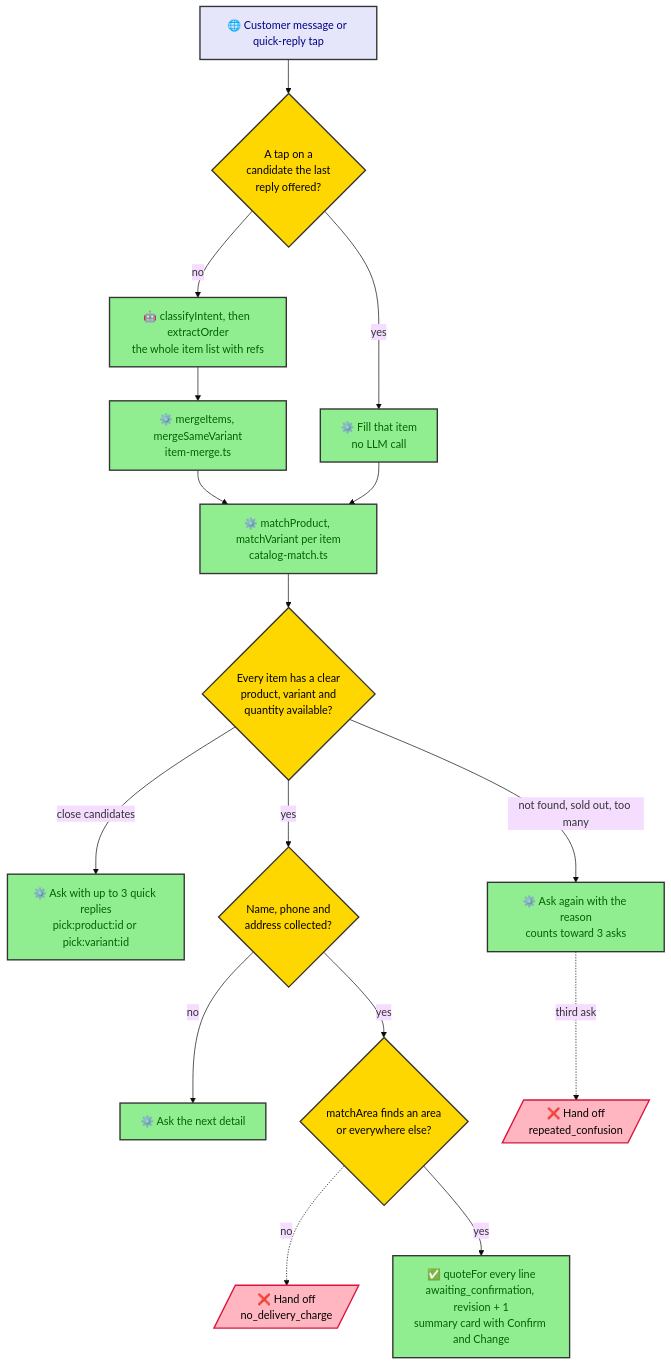
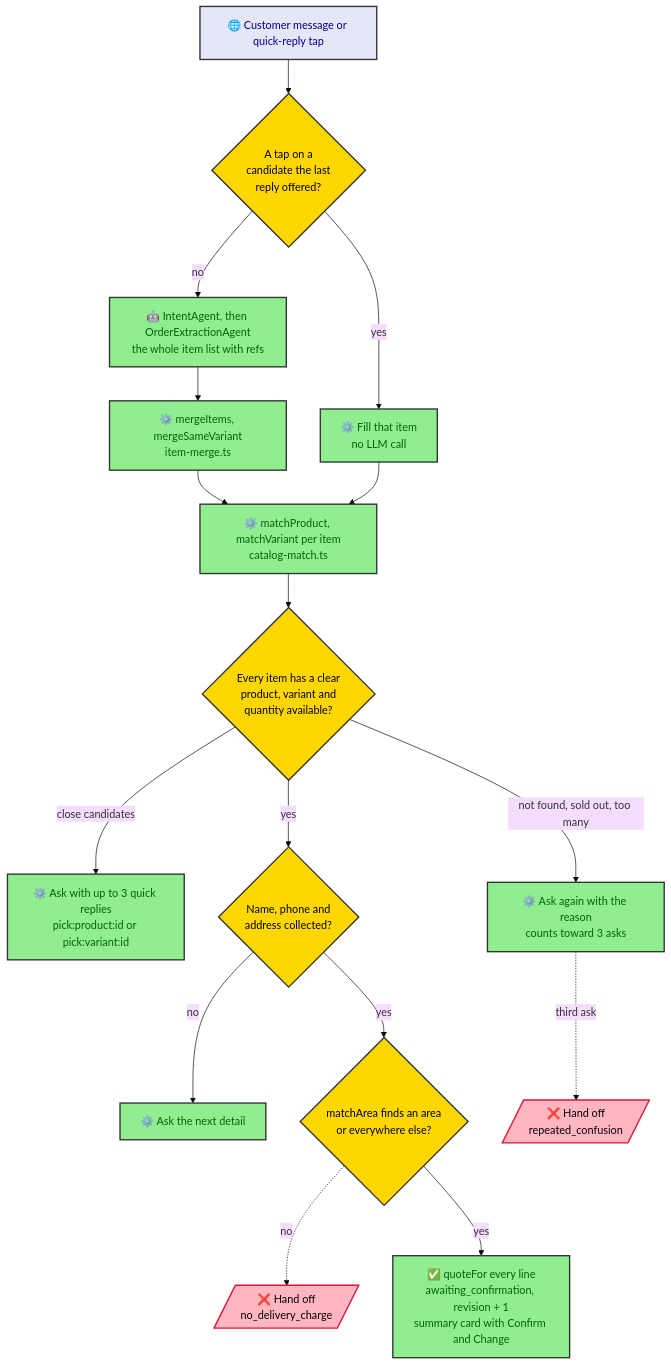
Before and after one commit to nabil404/project-alpha: the first of 2 diagrams in docs/features/11-ai-implementation/phase-2-catalog-confirm-orders/confirm-flow.md, drawn with Mermaid (base theme). The commit also changed 10 other files, not shown here.

````diff
--- a/docs/features/11-ai-implementation/phase-2-catalog-confirm-orders/confirm-flow.md
+++ b/docs/features/11-ai-implementation/phase-2-catalog-confirm-orders/confirm-flow.md
@@ -12,23 +12,23 @@
 ```mermaid
 flowchart TD
     msg["🌐 Customer message or quick-reply tap"]:::entry --> pick{"A tap on a<br/>candidate the last<br/>reply offered?"}:::decision
     pick -- yes --> fill["⚙️ Fill that item<br/>no LLM call"]:::work
-    pick -- no --> llm["🤖 classifyIntent, then extractOrder<br/>the whole item list with refs"]:::work
+    pick -- no --> llm["🤖 IntentAgent, then OrderExtractionAgent<br/>the whole item list with refs"]:::work
     llm --> merge["⚙️ mergeItems, mergeSameVariant<br/>item-merge.ts"]:::work
     merge --> match["⚙️ matchProduct, matchVariant per item<br/>catalog-match.ts"]:::work
     fill --> match
     match --> clear{"Every item has a clear<br/>product, variant and<br/>quantity available?"}:::decision
     clear -- "close candidates" --> offer["⚙️ Ask with up to 3 quick replies<br/>pick:product:id or pick:variant:id"]:::work
     clear -- "not found, sold out, too many" --> ask["⚙️ Ask again with the reason<br/>counts toward 3 asks"]:::work
     clear -- yes --> details{"Name, phone and<br/>address collected?"}:::decision
     details -- no --> askd["⚙️ Ask the next detail"]:::work
     details -- yes --> area{"matchArea finds an area<br/>or everywhere else?"}:::decision
     area -. no .-> hand[/"❌ Hand off<br/>no_delivery_charge"/]:::reject
     area -- yes --> card["✅ quoteFor every line<br/>awaiting_confirmation, revision + 1<br/>summary card with Confirm and Change"]:::work
     ask -. third ask .-> hand2[/"❌ Hand off<br/>repeated_confusion"/]:::reject
 
     classDef entry    fill:#E6E6FA,stroke:#333,stroke-width:2px,color:#00008B
     classDef decision fill:#FFD700,stroke:#333,stroke-width:2px,color:#000
     classDef work     fill:#90EE90,stroke:#333,stroke-width:2px,color:#006400
     classDef reject   fill:#FFB6C1,stroke:#DC143C,stroke-width:2px,color:#000
 ```
````
